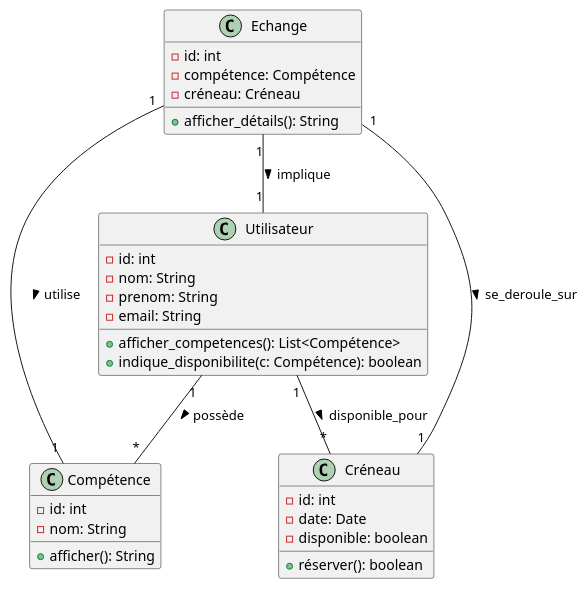
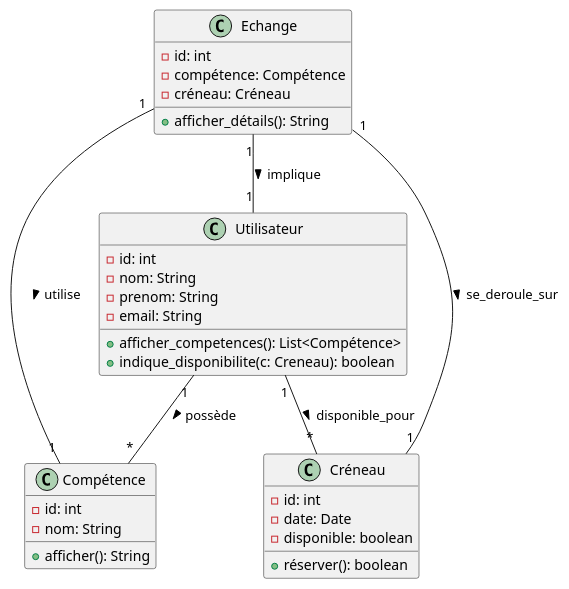
Before and after one commit to ayl001/Eval_2: the diagram in docs/classes.puml, drawn with PlantUML. The commit also changed 2 other files, not shown here.

```diff
--- a/docs/classes.puml
+++ b/docs/classes.puml
@@ -1,37 +1,37 @@
 @startuml
 class Utilisateur {
   -id: int
   -nom: String
   -prenom: String
   -email: String
   +afficher_competences(): List<Compétence>
-  +indique_disponibilite(c: Compétence): boolean
+  +indique_disponibilite(c: Creneau): boolean
 }
 
 class Compétence {
   -id: int
   -nom: String
   +afficher(): String
 }
 
 class Créneau {
   -id: int
   -date: Date
   -disponible: boolean
   +réserver(): boolean
 }
 
 class Echange {
   -id: int
   -compétence: Compétence
   -créneau: Créneau
   +afficher_détails(): String
 }
 
 Utilisateur "1" -- "*" Compétence : possède >
 Utilisateur "1" -- "*" Créneau : disponible_pour >
 Echange "1" -- "1" Utilisateur : implique >
 Echange "1" -- "1" Compétence : utilise >
 Echange "1" -- "1" Créneau : se_deroule_sur >
 
 @enduml
```
